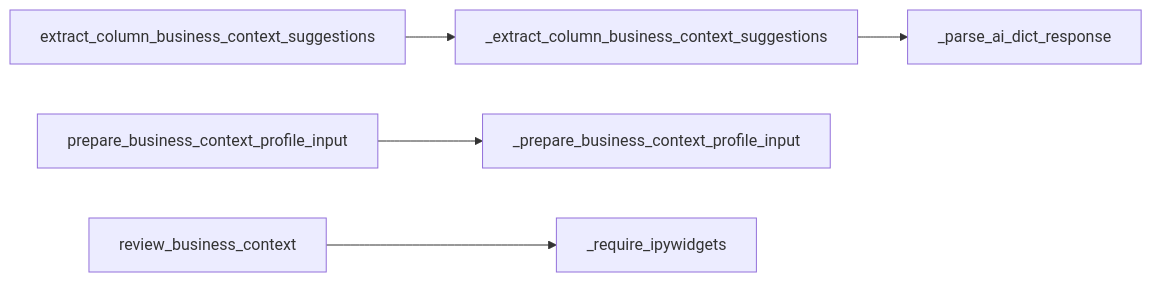
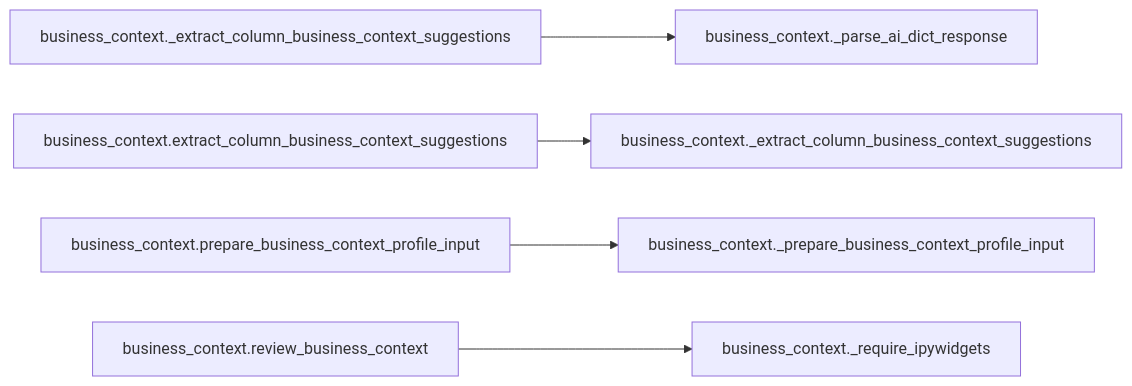
The first of 2 diagrams in docs/api/modules/business_context.md (Voycepeh/FabricOps-Starter-Kit), drawn with Mermaid before and after one commit. The commit also changed other lines of this file and 14 other files, not shown here.

Commit message:
Polish dependency graph rendering and module docs UX

````diff
--- a/docs/api/modules/business_context.md
+++ b/docs/api/modules/business_context.md
@@ -42,7 +40,7 @@
 ```mermaid
 flowchart LR
-  _extract_column_business_context_suggestions --> _parse_ai_dict_response
-  prepare_business_context_profile_input --> _prepare_business_context_profile_input
-  extract_column_business_context_suggestions --> _extract_column_business_context_suggestions
-  review_business_context --> _require_ipywidgets
+  n1["business_context._extract_column_business_context_suggestions"] --> n1b["business_context._parse_ai_dict_response"]
+  n2["business_context.extract_column_business_context_suggestions"] --> n2b["business_context._extract_column_business_context_suggestions"]
+  n3["business_context.prepare_business_context_profile_input"] --> n3b["business_context._prepare_business_context_profile_input"]
+  n4["business_context.review_business_context"] --> n4b["business_context._require_ipywidgets"]
 ```
````
